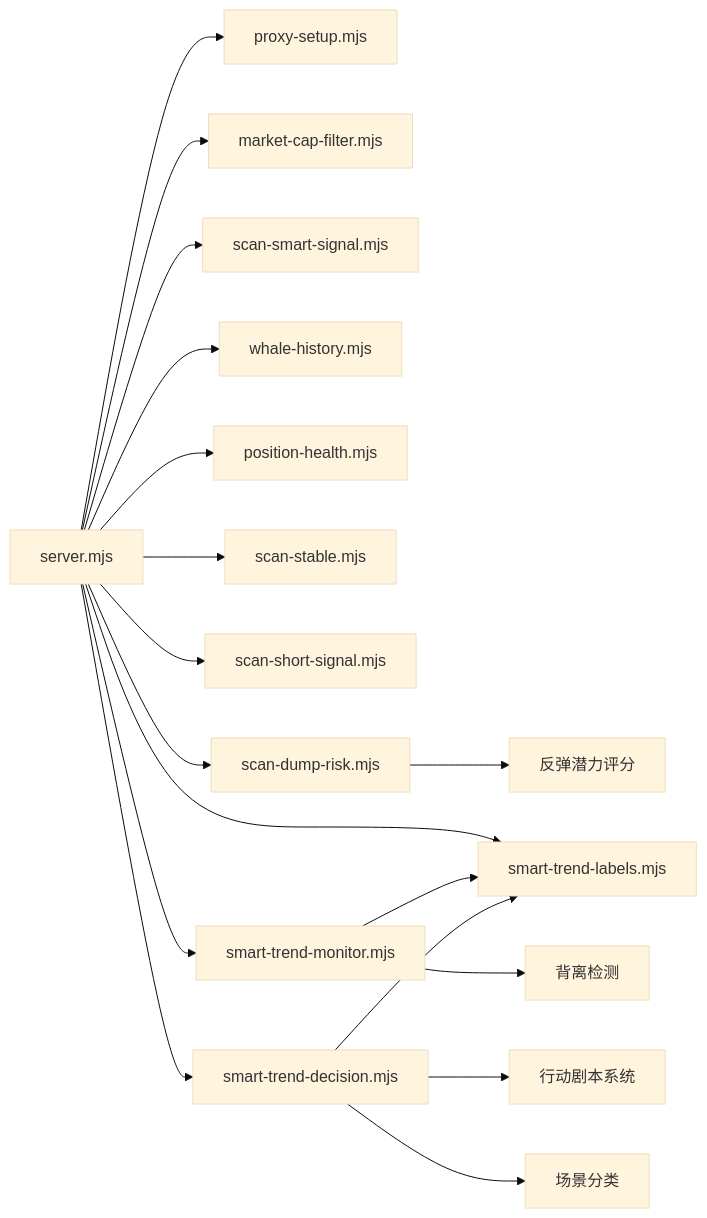
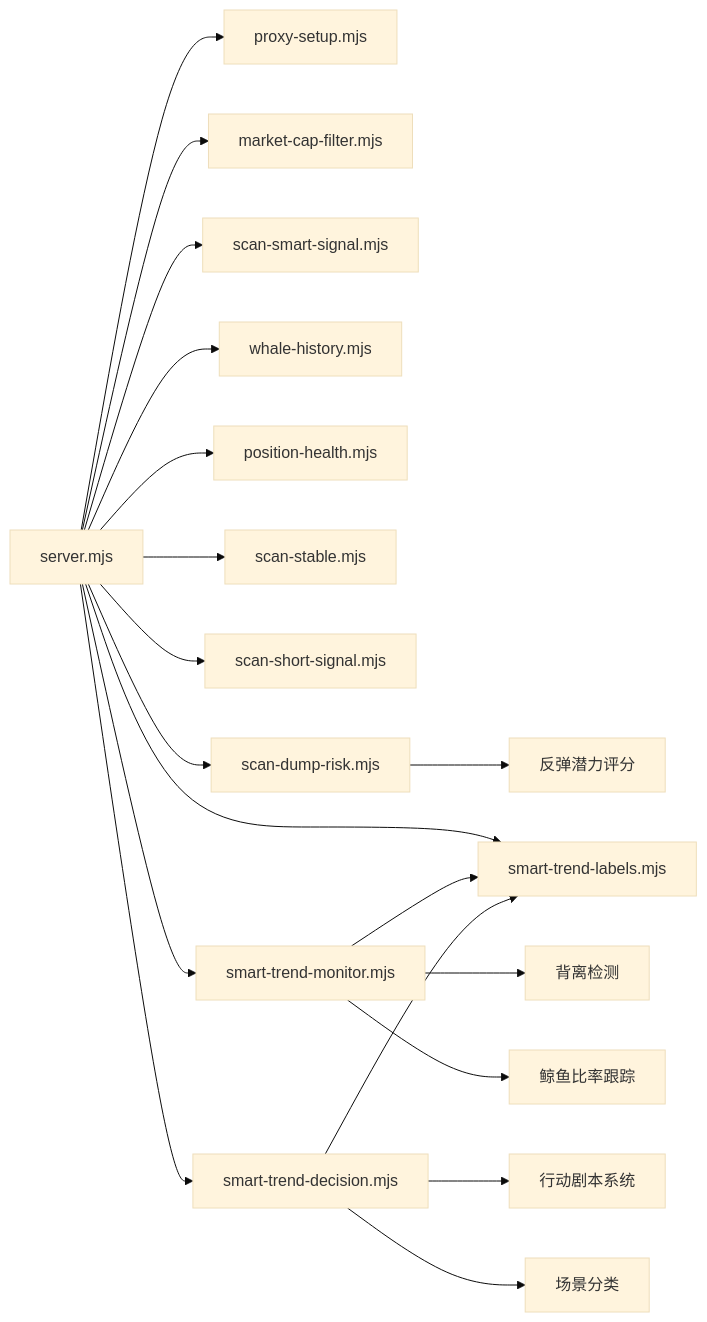
Diagram 16 of 18 in .qoder/repowiki/zh/content/核心功能模块/聪明钱监控系统/聪明钱监控系统.md (kekexilinan/BinaceSmart), drawn with Mermaid (base theme) before and after one commit. The commit also changed other lines of this file and 56 other files, not shown here.

````diff
--- a/.qoder/repowiki/zh/content/核心功能模块/聪明钱监控系统/聪明钱监控系统.md
+++ b/.qoder/repowiki/zh/content/核心功能模块/聪明钱监控系统/聪明钱监控系统.md
@@ -666,20 +681,21 @@
 ```mermaid
 graph LR
 server["server.mjs"] --> proxy["proxy-setup.mjs"]
 server --> mcf["market-cap-filter.mjs"]
 server --> ss["scan-smart-signal.mjs"]
 server --> wh["whale-history.mjs"]
 server --> ph["position-health.mjs"]
 server --> st["scan-stable.mjs"]
 server --> sh["scan-short-signal.mjs"]
 server --> dr["scan-dump-risk.mjs"]
 server --> tm["smart-trend-monitor.mjs"]
 server --> td["smart-trend-decision.mjs"]
 server --> tl["smart-trend-labels.mjs"]
 tm --> tl
 td --> tl
 tm --> divergence["背离检测"]
+tm --> whaleRatio["鲸鱼比率跟踪"]
 td --> playbook["行动剧本系统"]
 td --> scenarios["场景分类"]
 dr --> potential["反弹潜力评分"]
 ```
````
